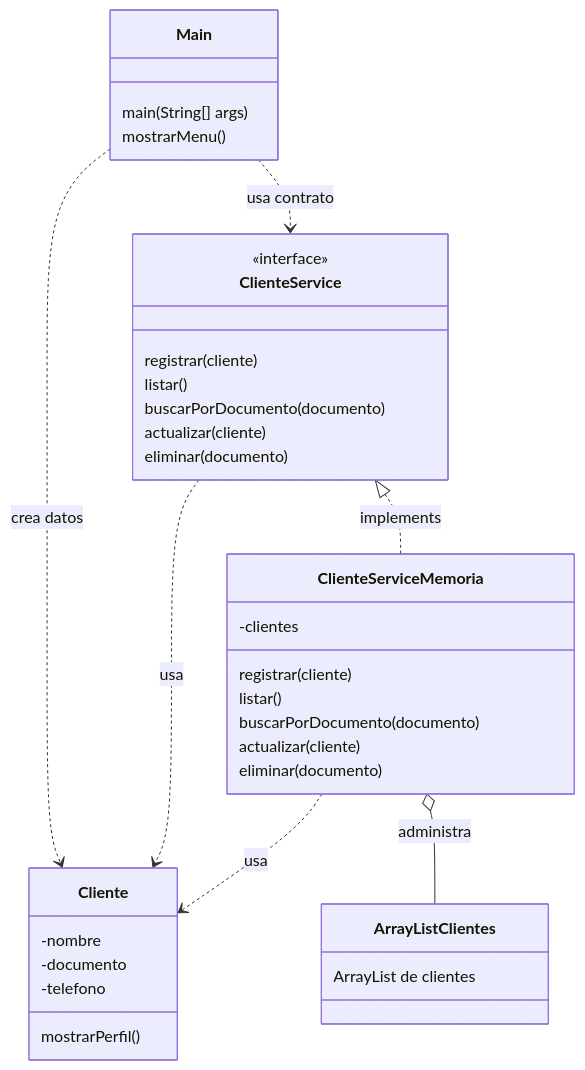
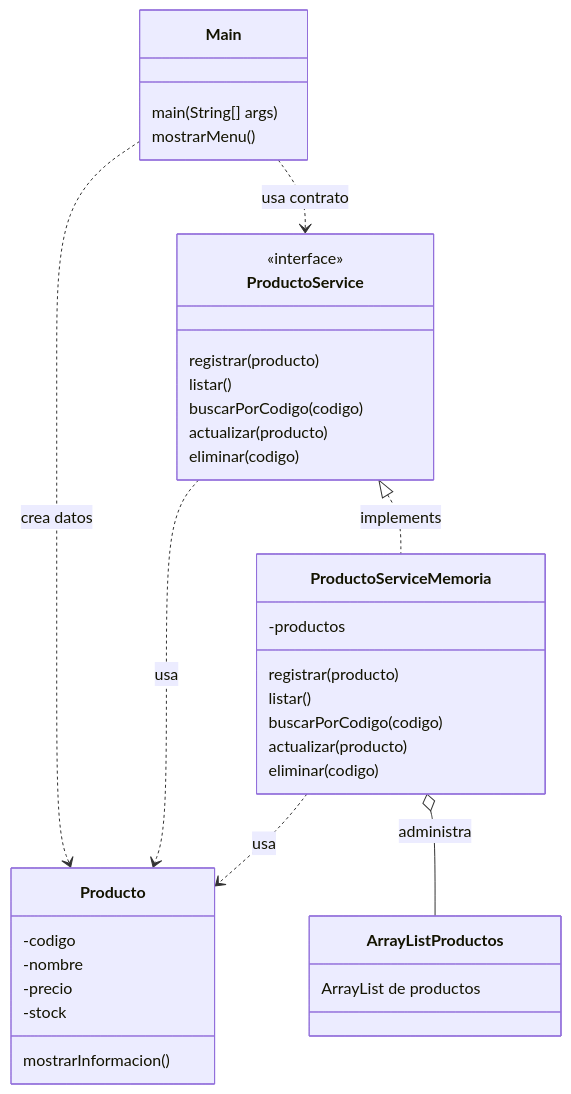
One commit to 262poo/comarket changed the diagram in docs/S05_CRUD_Memoria_ArrayList.md. Above: the diagram before and after it, drawn with Mermaid. The commit also changed other lines of this file and 12 other files, not shown here.

````diff
--- a/docs/S05_CRUD_Memoria_ArrayList.md
+++ b/docs/S05_CRUD_Memoria_ArrayList.md
@@ -63,39 +63,40 @@
 ```mermaid
 classDiagram
     class Main {
         main(String[] args)
         mostrarMenu()
     }
-    class Cliente {
+    class Producto {
+        -codigo
         -nombre
-        -documento
-        -telefono
-        mostrarPerfil()
+        -precio
+        -stock
+        mostrarInformacion()
     }
-    class ClienteService {
+    class ProductoService {
         <<interface>>
-        registrar(cliente)
+        registrar(producto)
         listar()
-        buscarPorDocumento(documento)
-        actualizar(cliente)
-        eliminar(documento)
+        buscarPorCodigo(codigo)
+        actualizar(producto)
+        eliminar(codigo)
     }
-    class ClienteServiceMemoria {
-        -clientes
-        registrar(cliente)
+    class ProductoServiceMemoria {
+        -productos
+        registrar(producto)
         listar()
-        buscarPorDocumento(documento)
-        actualizar(cliente)
-        eliminar(documento)
+        buscarPorCodigo(codigo)
+        actualizar(producto)
+        eliminar(codigo)
     }
-    class ArrayListClientes {
-        ArrayList de clientes
+    class ArrayListProductos {
+        ArrayList de productos
     }
 
-    Main ..> ClienteService : usa contrato
-    Main ..> Cliente : crea datos
-    ClienteService <|.. ClienteServiceMemoria : implements
-    ClienteService ..> Cliente : usa
-    ClienteServiceMemoria ..> Cliente : usa
-    ClienteServiceMemoria o-- ArrayListClientes : administra
+    Main ..> ProductoService : usa contrato
+    Main ..> Producto : crea datos
+    ProductoService <|.. ProductoServiceMemoria : implements
+    ProductoService ..> Producto : usa
+    ProductoServiceMemoria ..> Producto : usa
+    ProductoServiceMemoria o-- ArrayListProductos : administra
 ```
````
